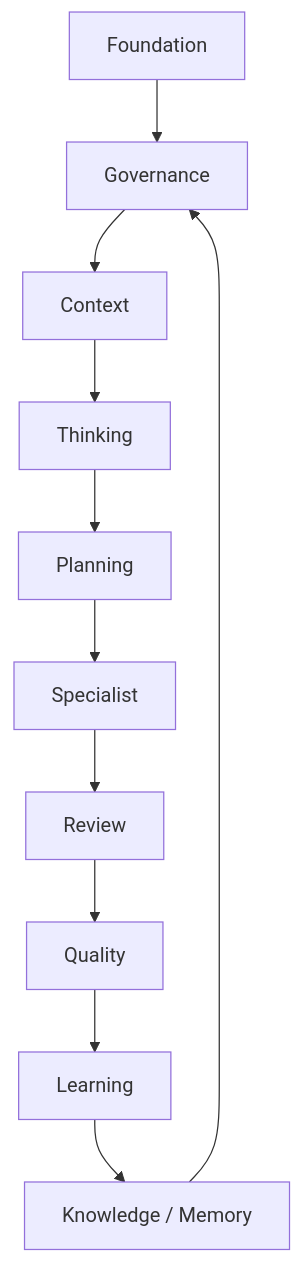
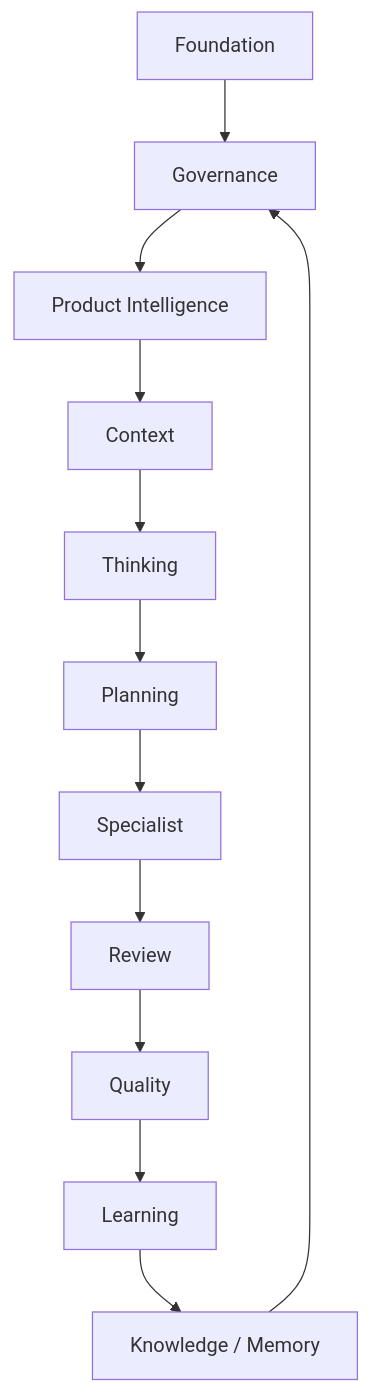
The diagram in layers/README.md (thyags/method-ceip), drawn with Mermaid before and after one commit. The commit also changed other lines of this file and 103 other files, not shown here.

Commit message:
Add Product Intelligence System

````diff
--- a/layers/README.md
+++ b/layers/README.md
@@ -39,13 +40,14 @@
 ```mermaid
 flowchart TD
     A["Foundation"] --> B["Governance"]
-    B --> C["Context"]
-    C --> D["Thinking"]
-    D --> E["Planning"]
-    E --> F["Specialist"]
-    F --> G["Review"]
-    G --> H["Quality"]
-    H --> I["Learning"]
-    I --> J["Knowledge / Memory"]
-    J --> B
+    B --> C["Product Intelligence"]
+    C --> D["Context"]
+    D --> E["Thinking"]
+    E --> F["Planning"]
+    F --> G["Specialist"]
+    G --> H["Review"]
+    H --> I["Quality"]
+    I --> J["Learning"]
+    J --> K["Knowledge / Memory"]
+    K --> B
 ```
````
